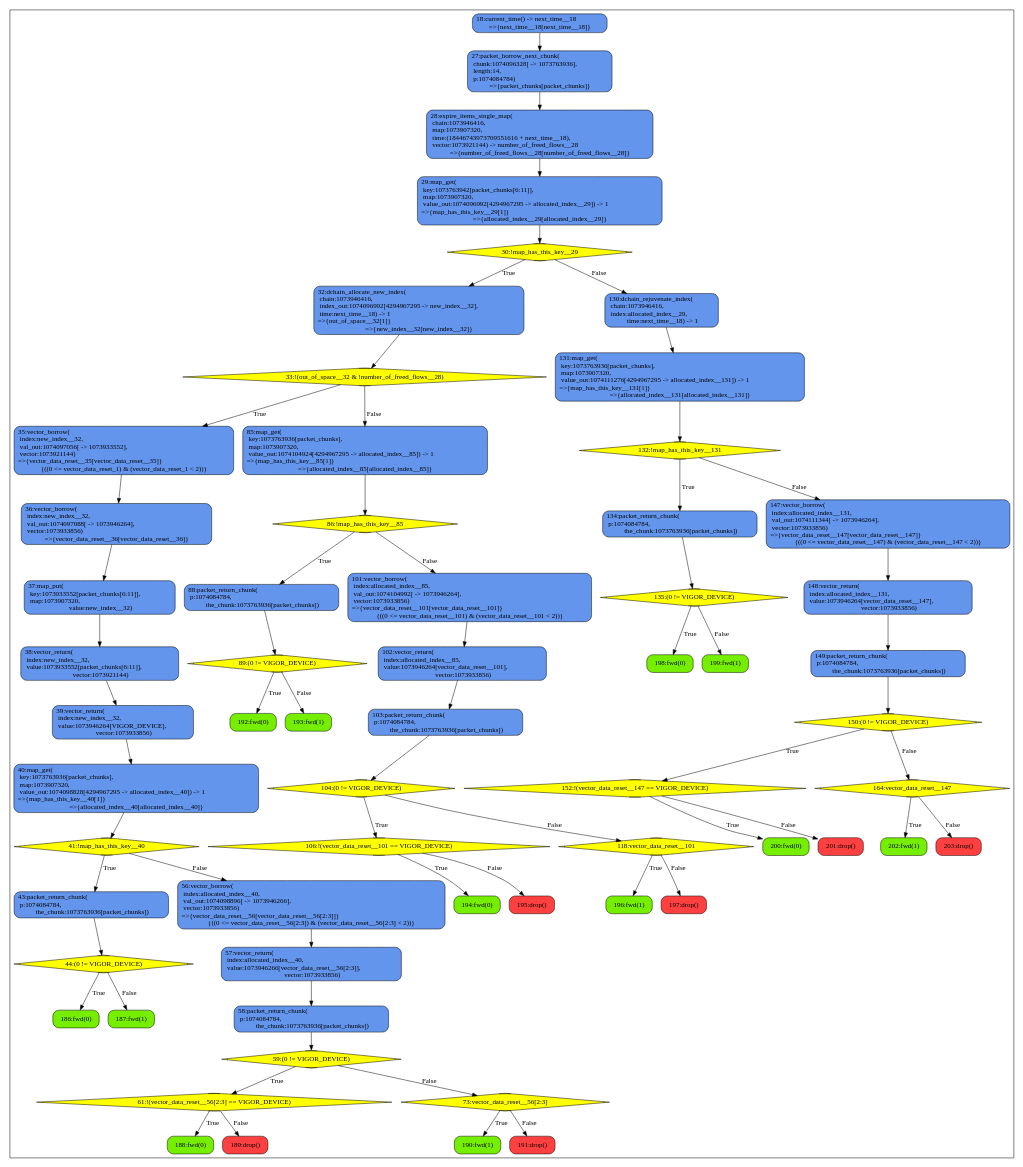
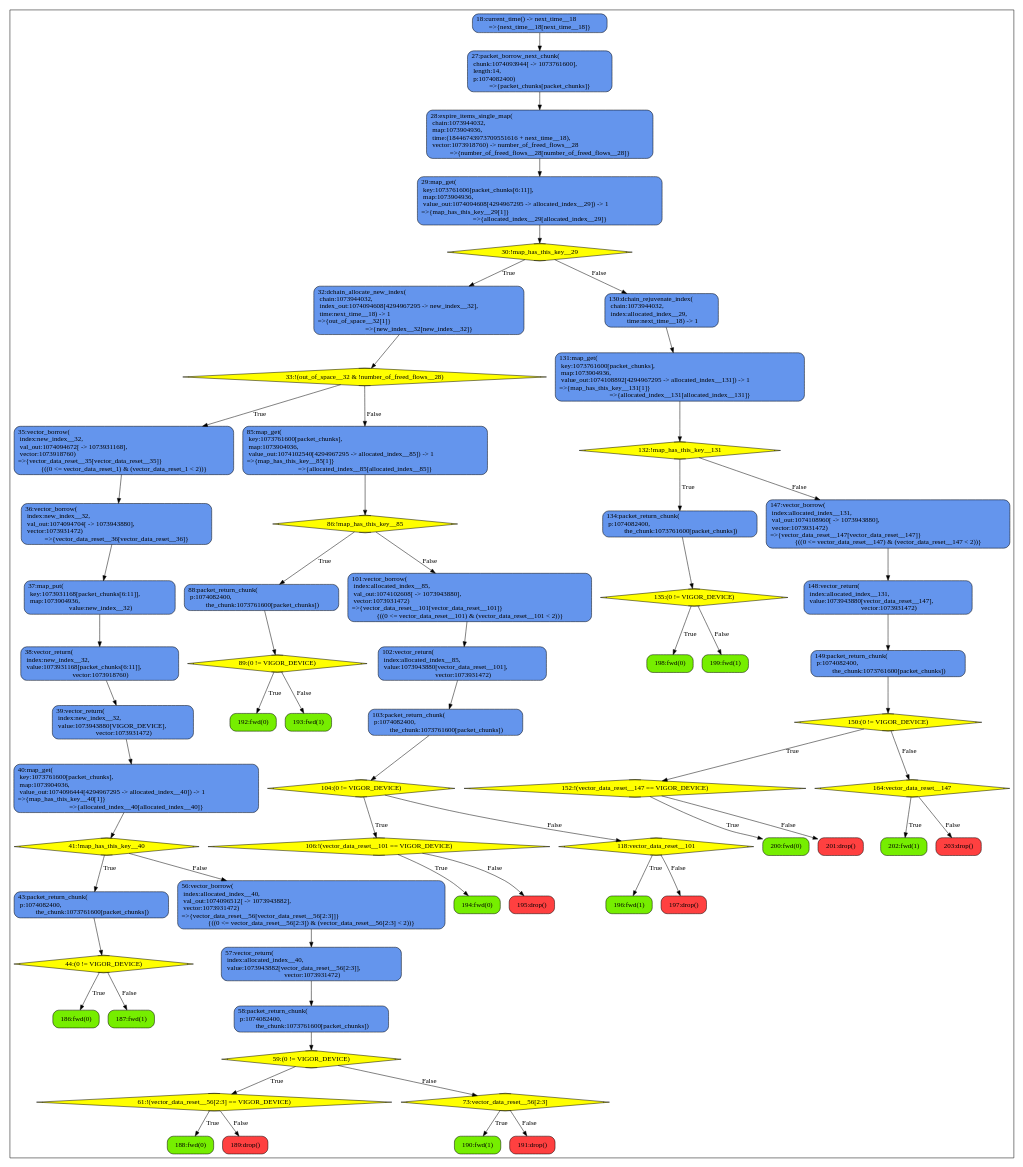
Before and after one commit to gui-baeta/synapse: the diagram in bdds/bridge.gv, drawn with Graphviz. The commit also changed 288 other files, not shown here.

```diff
--- a/bdds/bridge.gv
+++ b/bdds/bridge.gv
@@ -1,127 +1,127 @@
 digraph mygraph {
 	node [shape=box style=rounded border=0];
 	subgraph clusterprocess {
 		node [style="rounded,filled",color=black];
 		186 [label="186:fwd(0)", fillcolor="chartreuse2"];
 		187 [label="187:fwd(1)", fillcolor="chartreuse2"];
 		44 [shape=Mdiamond, label="44:(0 != VIGOR_DEVICE)", fillcolor="yellow"];
 		44 -> 186 [label="True"];
 		44 -> 187 [label="False"];
-		43 [label="43:packet_return_chunk(\l  p:1074084784,\l  the_chunk:1073763936[packet_chunks])", fillcolor="cornflowerblue"];
+		43 [label="43:packet_return_chunk(\l  p:1074082400,\l  the_chunk:1073761600[packet_chunks])", fillcolor="cornflowerblue"];
 		43 -> 44;
 		188 [label="188:fwd(0)", fillcolor="chartreuse2"];
 		189 [label="189:drop()", fillcolor="brown1"];
 		61 [shape=Mdiamond, label="61:!(vector_data_reset__56[2:3] == VIGOR_DEVICE)", fillcolor="yellow"];
 		61 -> 188 [label="True"];
 		61 -> 189 [label="False"];
 		190 [label="190:fwd(1)", fillcolor="chartreuse2"];
 		191 [label="191:drop()", fillcolor="brown1"];
 		73 [shape=Mdiamond, label="73:vector_data_reset__56[2:3]", fillcolor="yellow"];
 		73 -> 190 [label="True"];
 		73 -> 191 [label="False"];
 		59 [shape=Mdiamond, label="59:(0 != VIGOR_DEVICE)", fillcolor="yellow"];
 		59 -> 61 [label="True"];
 		59 -> 73 [label="False"];
-		58 [label="58:packet_return_chunk(\l  p:1074084784,\l  the_chunk:1073763936[packet_chunks])", fillcolor="cornflowerblue"];
+		58 [label="58:packet_return_chunk(\l  p:1074082400,\l  the_chunk:1073761600[packet_chunks])", fillcolor="cornflowerblue"];
 		58 -> 59;
-		57 [label="57:vector_return(\l  index:allocated_index__40,\l  value:1073946266[vector_data_reset__56[2:3]],\l  vector:1073933856)", fillcolor="cornflowerblue"];
+		57 [label="57:vector_return(\l  index:allocated_index__40,\l  value:1073943882[vector_data_reset__56[2:3]],\l  vector:1073931472)", fillcolor="cornflowerblue"];
 		57 -> 58;
-		56 [label="56:vector_borrow(\l  index:allocated_index__40,\l  val_out:1074098896[ -> 1073946266],\l  vector:1073933856)\l=>{vector_data_reset__56[vector_data_reset__56[2:3]]}\l{((0 <= vector_data_reset__56[2:3]) & (vector_data_reset__56[2:3] < 2))}", fillcolor="cornflowerblue"];
+		56 [label="56:vector_borrow(\l  index:allocated_index__40,\l  val_out:1074096512[ -> 1073943882],\l  vector:1073931472)\l=>{vector_data_reset__56[vector_data_reset__56[2:3]]}\l{((0 <= vector_data_reset__56[2:3]) & (vector_data_reset__56[2:3] < 2))}", fillcolor="cornflowerblue"];
 		56 -> 57;
 		41 [shape=Mdiamond, label="41:!map_has_this_key__40", fillcolor="yellow"];
 		41 -> 43 [label="True"];
 		41 -> 56 [label="False"];
-		40 [label="40:map_get(\l  key:1073763936[packet_chunks],\l  map:1073907320,\l  value_out:1074098828[4294967295 -> allocated_index__40]) -> 1\l=>{map_has_this_key__40[1]}\l=>{allocated_index__40[allocated_index__40]}", fillcolor="cornflowerblue"];
+		40 [label="40:map_get(\l  key:1073761600[packet_chunks],\l  map:1073904936,\l  value_out:1074096444[4294967295 -> allocated_index__40]) -> 1\l=>{map_has_this_key__40[1]}\l=>{allocated_index__40[allocated_index__40]}", fillcolor="cornflowerblue"];
 		40 -> 41;
-		39 [label="39:vector_return(\l  index:new_index__32,\l  value:1073946264[VIGOR_DEVICE],\l  vector:1073933856)", fillcolor="cornflowerblue"];
+		39 [label="39:vector_return(\l  index:new_index__32,\l  value:1073943880[VIGOR_DEVICE],\l  vector:1073931472)", fillcolor="cornflowerblue"];
 		39 -> 40;
-		38 [label="38:vector_return(\l  index:new_index__32,\l  value:1073933552[packet_chunks[6:11]],\l  vector:1073921144)", fillcolor="cornflowerblue"];
+		38 [label="38:vector_return(\l  index:new_index__32,\l  value:1073931168[packet_chunks[6:11]],\l  vector:1073918760)", fillcolor="cornflowerblue"];
 		38 -> 39;
-		37 [label="37:map_put(\l  key:1073933552[packet_chunks[6:11]],\l  map:1073907320,\l  value:new_index__32)", fillcolor="cornflowerblue"];
+		37 [label="37:map_put(\l  key:1073931168[packet_chunks[6:11]],\l  map:1073904936,\l  value:new_index__32)", fillcolor="cornflowerblue"];
 		37 -> 38;
-		36 [label="36:vector_borrow(\l  index:new_index__32,\l  val_out:1074097088[ -> 1073946264],\l  vector:1073933856)\l=>{vector_data_reset__36[vector_data_reset__36]}", fillcolor="cornflowerblue"];
+		36 [label="36:vector_borrow(\l  index:new_index__32,\l  val_out:1074094704[ -> 1073943880],\l  vector:1073931472)\l=>{vector_data_reset__36[vector_data_reset__36]}", fillcolor="cornflowerblue"];
 		36 -> 37;
-		35 [label="35:vector_borrow(\l  index:new_index__32,\l  val_out:1074097056[ -> 1073933552],\l  vector:1073921144)\l=>{vector_data_reset__35[vector_data_reset__35]}\l{((0 <= vector_data_reset_1) & (vector_data_reset_1 < 2))}", fillcolor="cornflowerblue"];
+		35 [label="35:vector_borrow(\l  index:new_index__32,\l  val_out:1074094672[ -> 1073931168],\l  vector:1073918760)\l=>{vector_data_reset__35[vector_data_reset__35]}\l{((0 <= vector_data_reset_1) & (vector_data_reset_1 < 2))}", fillcolor="cornflowerblue"];
 		35 -> 36;
 		192 [label="192:fwd(0)", fillcolor="chartreuse2"];
 		193 [label="193:fwd(1)", fillcolor="chartreuse2"];
 		89 [shape=Mdiamond, label="89:(0 != VIGOR_DEVICE)", fillcolor="yellow"];
 		89 -> 192 [label="True"];
 		89 -> 193 [label="False"];
-		88 [label="88:packet_return_chunk(\l  p:1074084784,\l  the_chunk:1073763936[packet_chunks])", fillcolor="cornflowerblue"];
+		88 [label="88:packet_return_chunk(\l  p:1074082400,\l  the_chunk:1073761600[packet_chunks])", fillcolor="cornflowerblue"];
 		88 -> 89;
 		194 [label="194:fwd(0)", fillcolor="chartreuse2"];
 		195 [label="195:drop()", fillcolor="brown1"];
 		106 [shape=Mdiamond, label="106:!(vector_data_reset__101 == VIGOR_DEVICE)", fillcolor="yellow"];
 		106 -> 194 [label="True"];
 		106 -> 195 [label="False"];
 		196 [label="196:fwd(1)", fillcolor="chartreuse2"];
 		197 [label="197:drop()", fillcolor="brown1"];
 		118 [shape=Mdiamond, label="118:vector_data_reset__101", fillcolor="yellow"];
 		118 -> 196 [label="True"];
 		118 -> 197 [label="False"];
 		104 [shape=Mdiamond, label="104:(0 != VIGOR_DEVICE)", fillcolor="yellow"];
 		104 -> 106 [label="True"];
 		104 -> 118 [label="False"];
-		103 [label="103:packet_return_chunk(\l  p:1074084784,\l  the_chunk:1073763936[packet_chunks])", fillcolor="cornflowerblue"];
+		103 [label="103:packet_return_chunk(\l  p:1074082400,\l  the_chunk:1073761600[packet_chunks])", fillcolor="cornflowerblue"];
 		103 -> 104;
-		102 [label="102:vector_return(\l  index:allocated_index__85,\l  value:1073946264[vector_data_reset__101],\l  vector:1073933856)", fillcolor="cornflowerblue"];
+		102 [label="102:vector_return(\l  index:allocated_index__85,\l  value:1073943880[vector_data_reset__101],\l  vector:1073931472)", fillcolor="cornflowerblue"];
 		102 -> 103;
-		101 [label="101:vector_borrow(\l  index:allocated_index__85,\l  val_out:1074104992[ -> 1073946264],\l  vector:1073933856)\l=>{vector_data_reset__101[vector_data_reset__101]}\l{((0 <= vector_data_reset__101) & (vector_data_reset__101 < 2))}", fillcolor="cornflowerblue"];
+		101 [label="101:vector_borrow(\l  index:allocated_index__85,\l  val_out:1074102608[ -> 1073943880],\l  vector:1073931472)\l=>{vector_data_reset__101[vector_data_reset__101]}\l{((0 <= vector_data_reset__101) & (vector_data_reset__101 < 2))}", fillcolor="cornflowerblue"];
 		101 -> 102;
 		86 [shape=Mdiamond, label="86:!map_has_this_key__85", fillcolor="yellow"];
 		86 -> 88 [label="True"];
 		86 -> 101 [label="False"];
-		85 [label="85:map_get(\l  key:1073763936[packet_chunks],\l  map:1073907320,\l  value_out:1074104924[4294967295 -> allocated_index__85]) -> 1\l=>{map_has_this_key__85[1]}\l=>{allocated_index__85[allocated_index__85]}", fillcolor="cornflowerblue"];
+		85 [label="85:map_get(\l  key:1073761600[packet_chunks],\l  map:1073904936,\l  value_out:1074102540[4294967295 -> allocated_index__85]) -> 1\l=>{map_has_this_key__85[1]}\l=>{allocated_index__85[allocated_index__85]}", fillcolor="cornflowerblue"];
 		85 -> 86;
 		33 [shape=Mdiamond, label="33:!(out_of_space__32 & !number_of_freed_flows__28)", fillcolor="yellow"];
 		33 -> 35 [label="True"];
 		33 -> 85 [label="False"];
-		32 [label="32:dchain_allocate_new_index(\l  chain:1073946416,\l  index_out:1074096992[4294967295 -> new_index__32],\l  time:next_time__18) -> 1\l=>{out_of_space__32[1]}\l=>{new_index__32[new_index__32]}", fillcolor="cornflowerblue"];
+		32 [label="32:dchain_allocate_new_index(\l  chain:1073944032,\l  index_out:1074094608[4294967295 -> new_index__32],\l  time:next_time__18) -> 1\l=>{out_of_space__32[1]}\l=>{new_index__32[new_index__32]}", fillcolor="cornflowerblue"];
 		32 -> 33;
 		198 [label="198:fwd(0)", fillcolor="chartreuse2"];
 		199 [label="199:fwd(1)", fillcolor="chartreuse2"];
 		135 [shape=Mdiamond, label="135:(0 != VIGOR_DEVICE)", fillcolor="yellow"];
 		135 -> 198 [label="True"];
 		135 -> 199 [label="False"];
-		134 [label="134:packet_return_chunk(\l  p:1074084784,\l  the_chunk:1073763936[packet_chunks])", fillcolor="cornflowerblue"];
+		134 [label="134:packet_return_chunk(\l  p:1074082400,\l  the_chunk:1073761600[packet_chunks])", fillcolor="cornflowerblue"];
 		134 -> 135;
 		200 [label="200:fwd(0)", fillcolor="chartreuse2"];
 		201 [label="201:drop()", fillcolor="brown1"];
 		152 [shape=Mdiamond, label="152:!(vector_data_reset__147 == VIGOR_DEVICE)", fillcolor="yellow"];
 		152 -> 200 [label="True"];
 		152 -> 201 [label="False"];
 		202 [label="202:fwd(1)", fillcolor="chartreuse2"];
 		203 [label="203:drop()", fillcolor="brown1"];
 		164 [shape=Mdiamond, label="164:vector_data_reset__147", fillcolor="yellow"];
 		164 -> 202 [label="True"];
 		164 -> 203 [label="False"];
 		150 [shape=Mdiamond, label="150:(0 != VIGOR_DEVICE)", fillcolor="yellow"];
 		150 -> 152 [label="True"];
 		150 -> 164 [label="False"];
-		149 [label="149:packet_return_chunk(\l  p:1074084784,\l  the_chunk:1073763936[packet_chunks])", fillcolor="cornflowerblue"];
+		149 [label="149:packet_return_chunk(\l  p:1074082400,\l  the_chunk:1073761600[packet_chunks])", fillcolor="cornflowerblue"];
 		149 -> 150;
-		148 [label="148:vector_return(\l  index:allocated_index__131,\l  value:1073946264[vector_data_reset__147],\l  vector:1073933856)", fillcolor="cornflowerblue"];
+		148 [label="148:vector_return(\l  index:allocated_index__131,\l  value:1073943880[vector_data_reset__147],\l  vector:1073931472)", fillcolor="cornflowerblue"];
 		148 -> 149;
-		147 [label="147:vector_borrow(\l  index:allocated_index__131,\l  val_out:1074111344[ -> 1073946264],\l  vector:1073933856)\l=>{vector_data_reset__147[vector_data_reset__147]}\l{((0 <= vector_data_reset__147) & (vector_data_reset__147 < 2))}", fillcolor="cornflowerblue"];
+		147 [label="147:vector_borrow(\l  index:allocated_index__131,\l  val_out:1074108960[ -> 1073943880],\l  vector:1073931472)\l=>{vector_data_reset__147[vector_data_reset__147]}\l{((0 <= vector_data_reset__147) & (vector_data_reset__147 < 2))}", fillcolor="cornflowerblue"];
 		147 -> 148;
 		132 [shape=Mdiamond, label="132:!map_has_this_key__131", fillcolor="yellow"];
 		132 -> 134 [label="True"];
 		132 -> 147 [label="False"];
-		131 [label="131:map_get(\l  key:1073763936[packet_chunks],\l  map:1073907320,\l  value_out:1074111276[4294967295 -> allocated_index__131]) -> 1\l=>{map_has_this_key__131[1]}\l=>{allocated_index__131[allocated_index__131]}", fillcolor="cornflowerblue"];
+		131 [label="131:map_get(\l  key:1073761600[packet_chunks],\l  map:1073904936,\l  value_out:1074108892[4294967295 -> allocated_index__131]) -> 1\l=>{map_has_this_key__131[1]}\l=>{allocated_index__131[allocated_index__131]}", fillcolor="cornflowerblue"];
 		131 -> 132;
-		130 [label="130:dchain_rejuvenate_index(\l  chain:1073946416,\l  index:allocated_index__29,\l  time:next_time__18) -> 1", fillcolor="cornflowerblue"];
+		130 [label="130:dchain_rejuvenate_index(\l  chain:1073944032,\l  index:allocated_index__29,\l  time:next_time__18) -> 1", fillcolor="cornflowerblue"];
 		130 -> 131;
 		30 [shape=Mdiamond, label="30:!map_has_this_key__29", fillcolor="yellow"];
 		30 -> 32 [label="True"];
 		30 -> 130 [label="False"];
-		29 [label="29:map_get(\l  key:1073763942[packet_chunks[6:11]],\l  map:1073907320,\l  value_out:1074096992[4294967295 -> allocated_index__29]) -> 1\l=>{map_has_this_key__29[1]}\l=>{allocated_index__29[allocated_index__29]}", fillcolor="cornflowerblue"];
+		29 [label="29:map_get(\l  key:1073761606[packet_chunks[6:11]],\l  map:1073904936,\l  value_out:1074094608[4294967295 -> allocated_index__29]) -> 1\l=>{map_has_this_key__29[1]}\l=>{allocated_index__29[allocated_index__29]}", fillcolor="cornflowerblue"];
 		29 -> 30;
-		28 [label="28:expire_items_single_map(\l  chain:1073946416,\l  map:1073907320,\l  time:(18446743973709551616 + next_time__18),\l  vector:1073921144) -> number_of_freed_flows__28\l=>{number_of_freed_flows__28[number_of_freed_flows__28]}", fillcolor="cornflowerblue"];
+		28 [label="28:expire_items_single_map(\l  chain:1073944032,\l  map:1073904936,\l  time:(18446743973709551616 + next_time__18),\l  vector:1073918760) -> number_of_freed_flows__28\l=>{number_of_freed_flows__28[number_of_freed_flows__28]}", fillcolor="cornflowerblue"];
 		28 -> 29;
-		27 [label="27:packet_borrow_next_chunk(\l  chunk:1074096328[ -> 1073763936],\l  length:14,\l  p:1074084784)\l=>{packet_chunks[packet_chunks]}", fillcolor="cornflowerblue"];
+		27 [label="27:packet_borrow_next_chunk(\l  chunk:1074093944[ -> 1073761600],\l  length:14,\l  p:1074082400)\l=>{packet_chunks[packet_chunks]}", fillcolor="cornflowerblue"];
 		27 -> 28;
 		18 [label="18:current_time() -> next_time__18\l=>{next_time__18[next_time__18]}", fillcolor="cornflowerblue"];
 		18 -> 27;
 	}
 }
```
